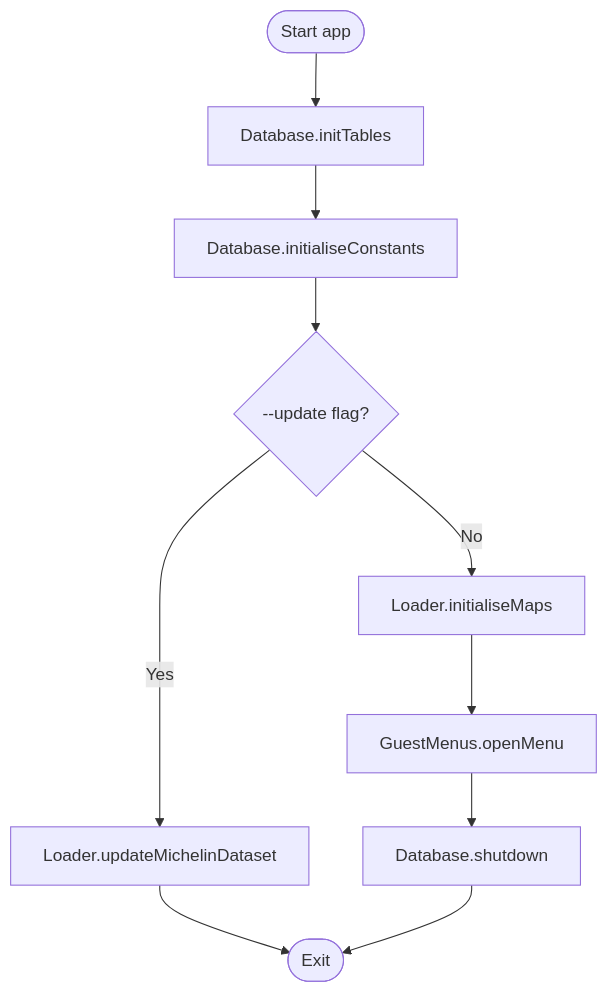
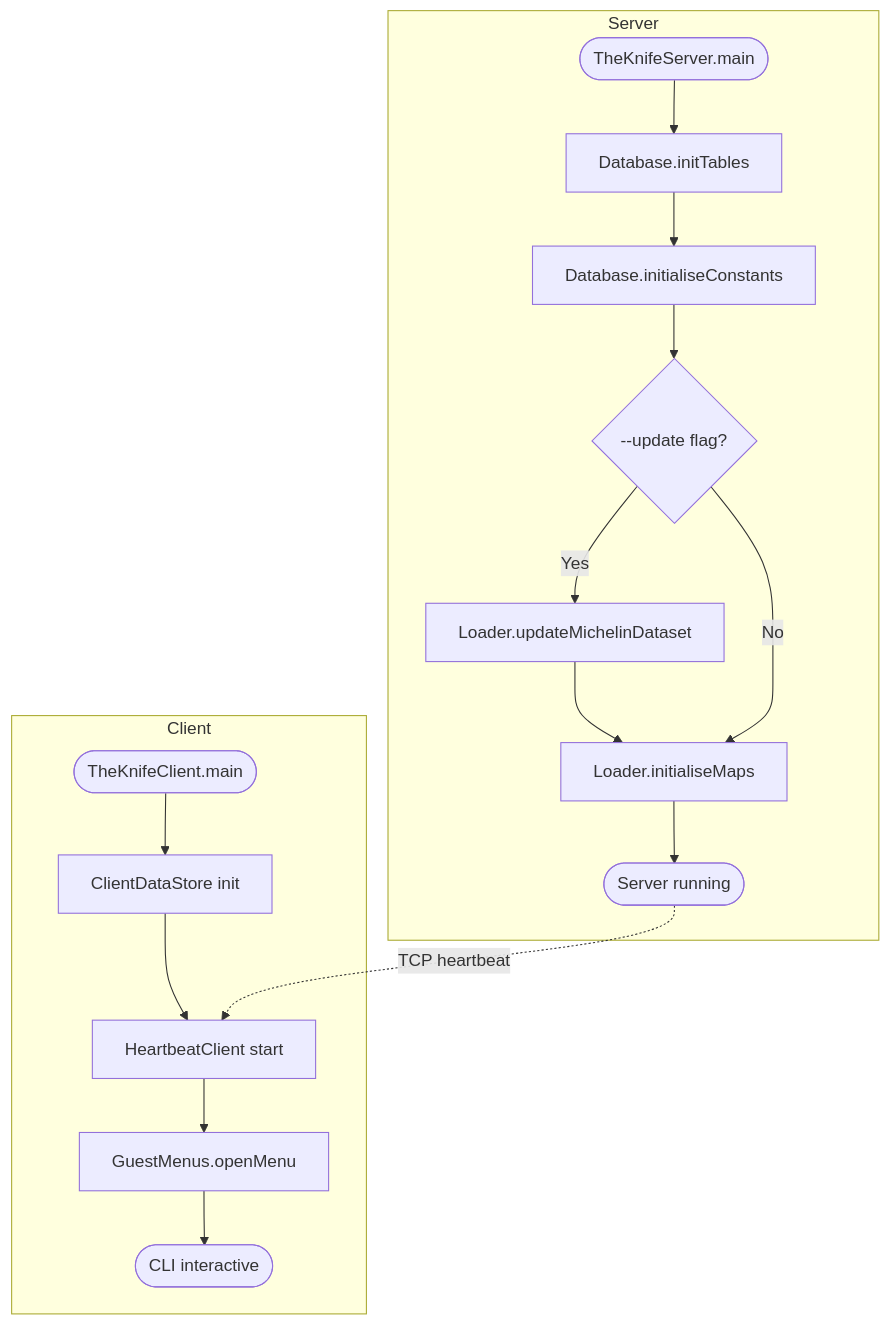
Before and after one commit to lcavagnari/TheKnifeProject_B: the first of 11 diagrams in docs/TECHNICAL_DOCUMENTATION.md, drawn with Mermaid. The commit also changed other lines of this file and 1 other file, not shown here.

````diff
--- a/docs/TECHNICAL_DOCUMENTATION.md
+++ b/docs/TECHNICAL_DOCUMENTATION.md
@@ -42,12 +52,21 @@
 ```mermaid
 flowchart TD
-    A([Start app]) --> B[Database.initTables]
-    B --> C[Database.initialiseConstants]
-    C --> D{"--update flag?"}
-    D -- Yes --> E[Loader.updateMichelinDataset]
-    E --> Z([Exit])
-    D -- No --> F[Loader.initialiseMaps]
-    F --> G[GuestMenus.openMenu]
-    G --> H[Database.shutdown]
-    H --> Z
+    subgraph Server
+        A([TheKnifeServer.main]) --> B[Database.initTables]
+        B --> C[Database.initialiseConstants]
+        C --> D{"--update flag?"}
+        D -- Yes --> E[Loader.updateMichelinDataset]
+        E --> F[Loader.initialiseMaps]
+        D -- No --> F
+        F --> G([Server running])
+    end
+
+    subgraph Client
+        H([TheKnifeClient.main]) --> I[ClientDataStore init]
+        I --> J[HeartbeatClient start]
+        J --> K[GuestMenus.openMenu]
+        K --> L([CLI interactive])
+    end
+
+    G -.->|TCP heartbeat| J
 ```
````
